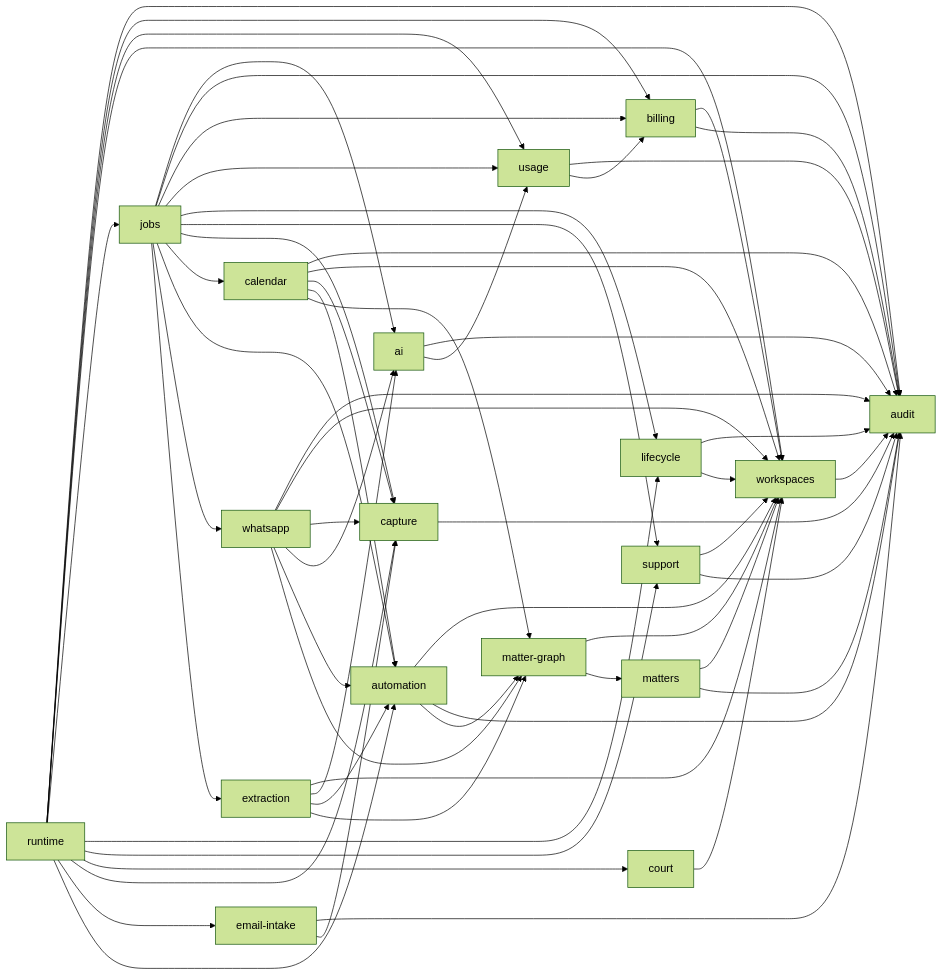
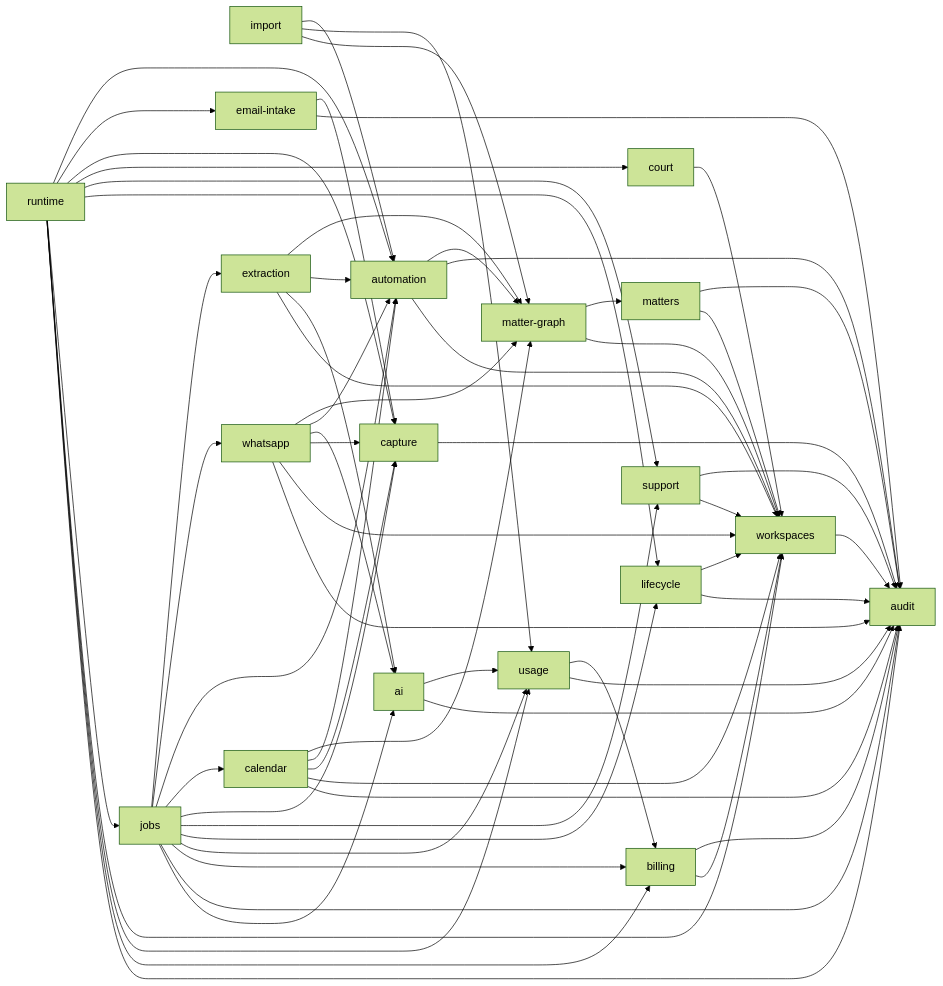
One commit to RapierCraftStudios/causedeck changed the diagram in docs/engineering/core-domains.md. Above: the diagram before and after it, drawn with Mermaid (forest theme). The commit also changed other lines of this file and 7 other files, not shown here.

````diff
--- a/docs/engineering/core-domains.md
+++ b/docs/engineering/core-domains.md
@@ -66,62 +66,65 @@
 ```mermaid
 graph LR
   workspaces --> audit
   matters --> workspaces
   matters --> audit
   court --> workspaces
   matter-graph --> workspaces
   matter-graph --> matters
   automation --> workspaces
   automation --> audit
   automation --> matter-graph
+  import --> matter-graph
+  import --> usage
+  import --> automation
   billing --> workspaces
   billing --> audit
   usage --> audit
   usage --> billing
   ai --> audit
   ai --> usage
   lifecycle --> audit
   lifecycle --> workspaces
   support --> workspaces
   support --> audit
   capture --> audit
   email-intake --> audit
   email-intake --> capture
   jobs --> ai
   jobs --> audit
   jobs --> billing
   jobs --> usage
   jobs --> lifecycle
   jobs --> support
   jobs --> capture
   jobs --> calendar
   jobs --> automation
   jobs --> whatsapp
   jobs --> extraction
   calendar --> audit
   calendar --> workspaces
   calendar --> capture
   calendar --> automation
   calendar --> matter-graph
   whatsapp --> audit
   whatsapp --> workspaces
   whatsapp --> capture
   whatsapp --> ai
   whatsapp --> automation
   whatsapp --> matter-graph
   extraction --> workspaces
   extraction --> ai
   extraction --> automation
   extraction --> matter-graph
   runtime --> audit
   runtime --> billing
   runtime --> usage
   runtime --> workspaces
   runtime --> jobs
   runtime --> lifecycle
   runtime --> support
   runtime --> court
   runtime --> capture
   runtime --> email-intake
   runtime --> automation
 ```
````
